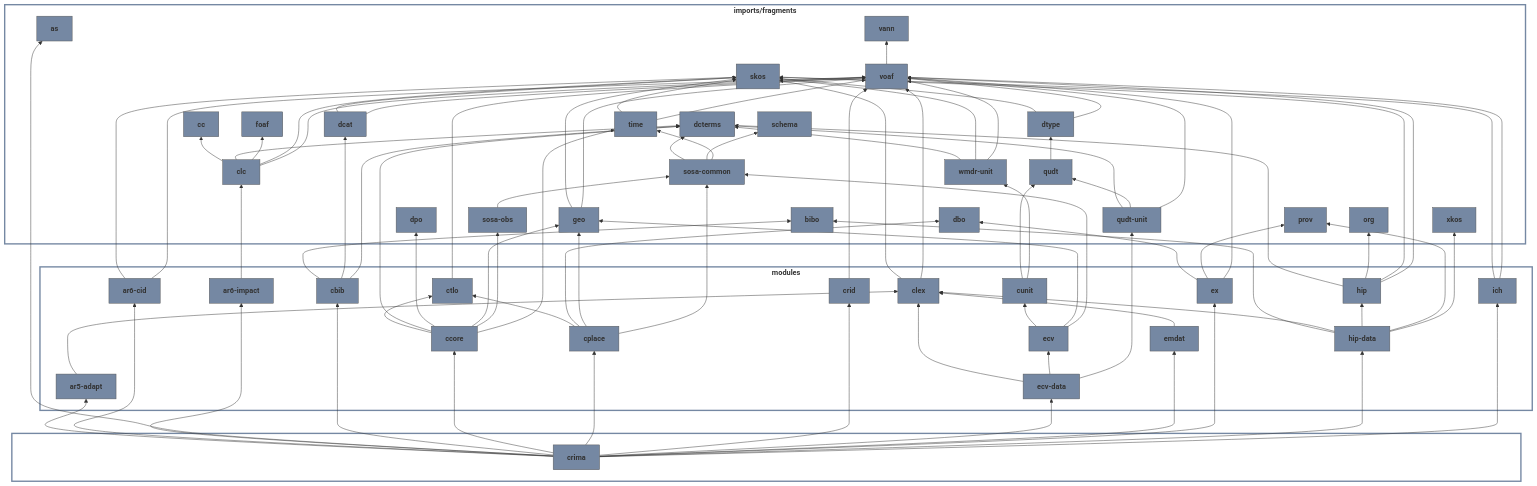
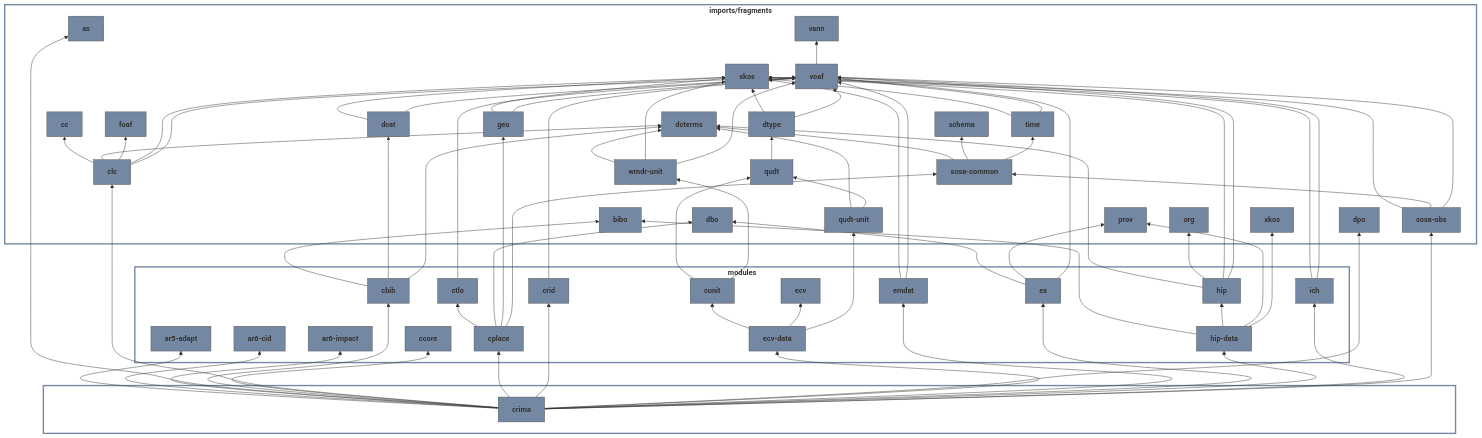
One commit to crima-ontology/ontology changed the diagram in wp2/vkg/ontology/README.md. Above: the diagram before and after it, drawn with Mermaid. The commit also changed 1 other file, not shown here.

Commit message:
Removed further clex reference in ar5-adapt.ttl. Updated modules' diagram

```diff
--- a/wp2/vkg/ontology/README.md
+++ b/wp2/vkg/ontology/README.md
@@ -50,7 +50,6 @@
         ar__impact["<b>ar6-impact</b>"]:::subvoc
         cbib["<b>cbib</b>"]:::subvoc
         ccore["<b>ccore</b>"]:::subvoc
-        clex["<b>clex</b>"]:::subvoc
         cplace["<b>cplace</b>"]:::subvoc
         crid["<b>crid</b>"]:::subvoc
         ctlo["<b>ctlo</b>"]:::subvoc
@@ -64,29 +63,17 @@
         ich["<b>ich</b>"]:::subvoc
     end
 
-    sg_modules --------- sg_imports_fragments
+    sg_modules -------- sg_imports_fragments
     linkStyle 0 stroke-width:0px
 
-    ar__adapt --> clex
-    ar__cid --> skos
-    ar__cid --> voaf
-    ar__impact --> clc
     cbib --> bibo
     cbib --> dcat
     cbib --> dcterms
-    ccore --> ctlo
-    ccore --> dcterms
-    ccore --> dpo
-    ccore --> geo
-    ccore --> sosa_obs
-    ccore --> time
     clc --> cc
     clc --> dcterms
     clc --> foaf
     clc --> skos
     clc --> voaf
-    clex --> skos
-    clex --> voaf
     cplace --> ctlo
     cplace --> dbo
     cplace --> geo
@@ -98,13 +85,16 @@
     crima --> as
     crima --> cbib
     crima --> ccore
+    crima --> clc
     crima --> cplace
     crima --> crid
+    crima --> dpo
     crima --> ecv_data
     crima --> emdat
     crima --> ex
     crima --> hip_data
     crima --> ich
+    crima --> sosa_obs
     ctlo --> voaf
     cunit --> qudt
     cunit --> wmdr_unit
@@ -112,13 +102,11 @@
     dcat --> voaf
     dtype --> skos
     dtype --> voaf
-    ecv --> cunit
-    ecv --> geo
-    ecv --> sosa_common
-    ecv_data --> clex
+    ecv_data --> cunit
     ecv_data --> ecv
     ecv_data --> qudt_unit
-    emdat --> clex
+    emdat --> skos
+    emdat --> voaf
     ex --> dbo
     ex --> prov
     ex --> voaf
@@ -129,7 +117,6 @@
     hip --> skos
     hip --> voaf
     hip_data --> bibo
-    hip_data --> clex
     hip_data --> hip
     hip_data --> prov
     hip_data --> xkos
@@ -138,11 +125,12 @@
     qudt --> dtype
     qudt_unit --> dcterms
     qudt_unit --> qudt
-    qudt_unit --> voaf
     sosa_common --> dcterms
     sosa_common --> schema
     sosa_common --> time
+    sosa_obs --> skos
     sosa_obs --> sosa_common
+    sosa_obs --> voaf
     time --> skos
     time --> voaf
     voaf --> vann
@@ -159,7 +147,6 @@
     click cc href "http://creativecommons.org/ns#"
     click ccore href "http://www.semanticweb.org/crima/crima-core#"
     click clc href "http://www.w3.org/2015/03/corine#"
-    click clex href "http://www.semanticweb.org/crima/crima-lexicon#"
     click cplace href "http://www.semanticweb.org/crima/crima-place#"
     click crid href "http://www.semanticweb.org/crima/crima-id#"
     click crima href "http://www.semanticweb.org/crima"
```
